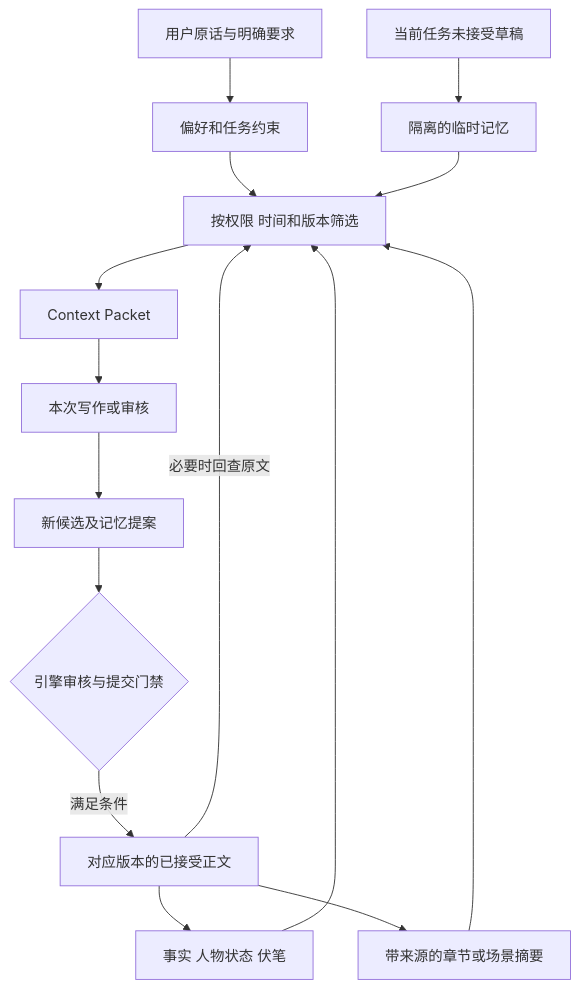
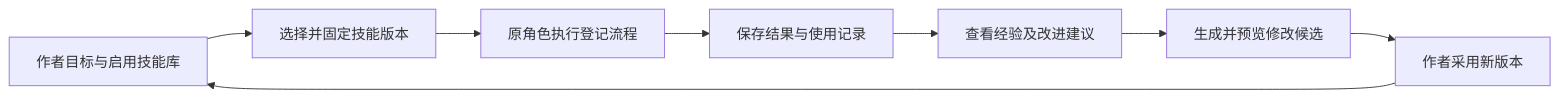
Before and after one commit to littlewinter320/inkflow: the sixth of 8 diagrams in README.md, drawn with Mermaid. The commit also changed other lines of this file and 309 other files, not shown here.

````diff
--- a/README.md
+++ b/README.md
@@ -367,17 +772,10 @@
 ```mermaid
-graph TD
-    U[用户原话与明确要求] --> P[偏好和任务约束]
-    A[对应版本的已接受正文] --> F[事实 人物状态 伏笔]
-    A --> S[带来源的章节或场景摘要]
-    D[当前任务未接受草稿] --> T[隔离的临时记忆]
-    F --> R[按权限 时间和版本筛选]
-    S --> R
-    P --> R
-    T --> R
-    A -->|必要时回查原文| R
-    R --> C[Context Packet]
-    C --> W[本次写作或审核]
-    W --> N[新候选及记忆提案]
-    N --> G{引擎审核与提交门禁}
-    G -->|满足条件| A
+flowchart LR
+    A[作者目标与启用技能库] --> B[选择并固定技能版本]
+    B --> C[原角色执行登记流程]
+    C --> D[保存结果与使用记录]
+    D --> E[查看经验及改进建议]
+    E --> F[生成并预览修改候选]
+    F --> G[作者采用新版本]
+    G --> A
 ```
````
